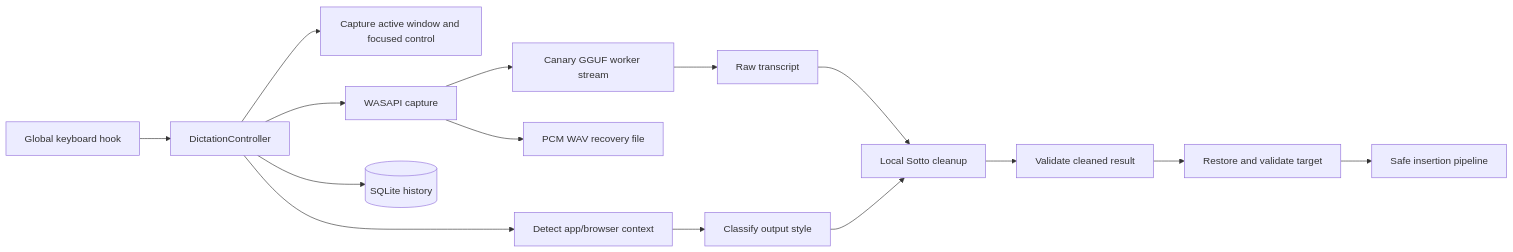
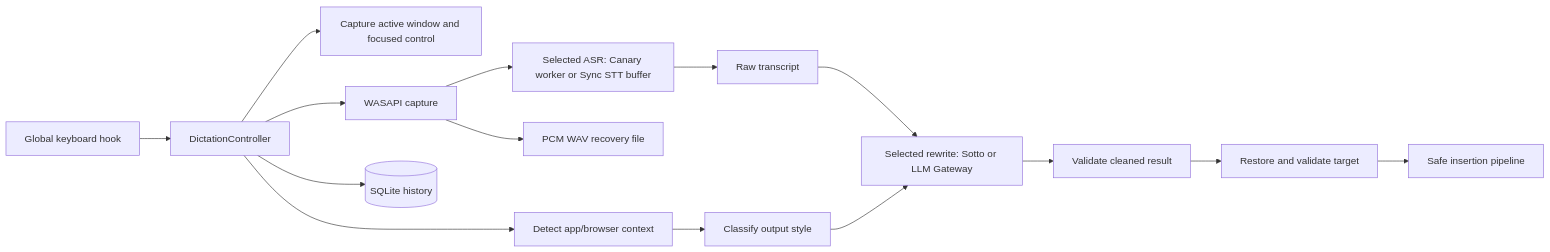
The diagram in docs/architecture.md (kpsr01/flow_local), drawn with Mermaid before and after one commit. The commit also changed other lines of this file and 20 other files, not shown here.

````diff
--- a/docs/architecture.md
+++ b/docs/architecture.md
@@ -15,17 +15,17 @@
 ```mermaid
 flowchart LR
   K[Global keyboard hook] --> C[DictationController]
   C --> T[Capture active window and focused control]
   C --> X[Detect app/browser context]
   X --> S[Classify output style]
   C --> A[WASAPI capture]
   A --> W[PCM WAV recovery file]
-  A --> N[Canary GGUF worker stream]
+  A --> N[Selected ASR: Canary worker or Sync STT buffer]
   N --> R[Raw transcript]
-  R --> L[Local Sotto cleanup]
+  R --> L[Selected rewrite: Sotto or LLM Gateway]
   S --> L
   L --> V[Validate cleaned result]
   V --> I[Restore and validate target]
   I --> P[Safe insertion pipeline]
   C --> D[(SQLite history)]
 ```
````
